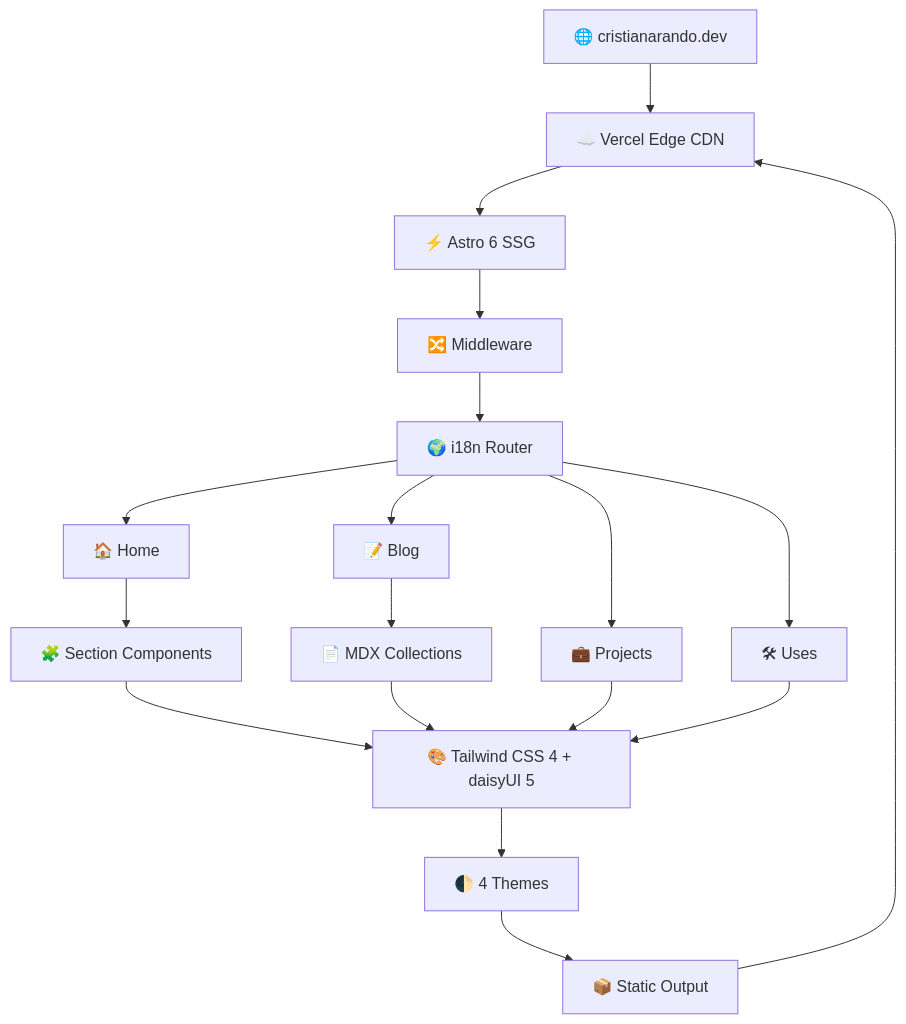
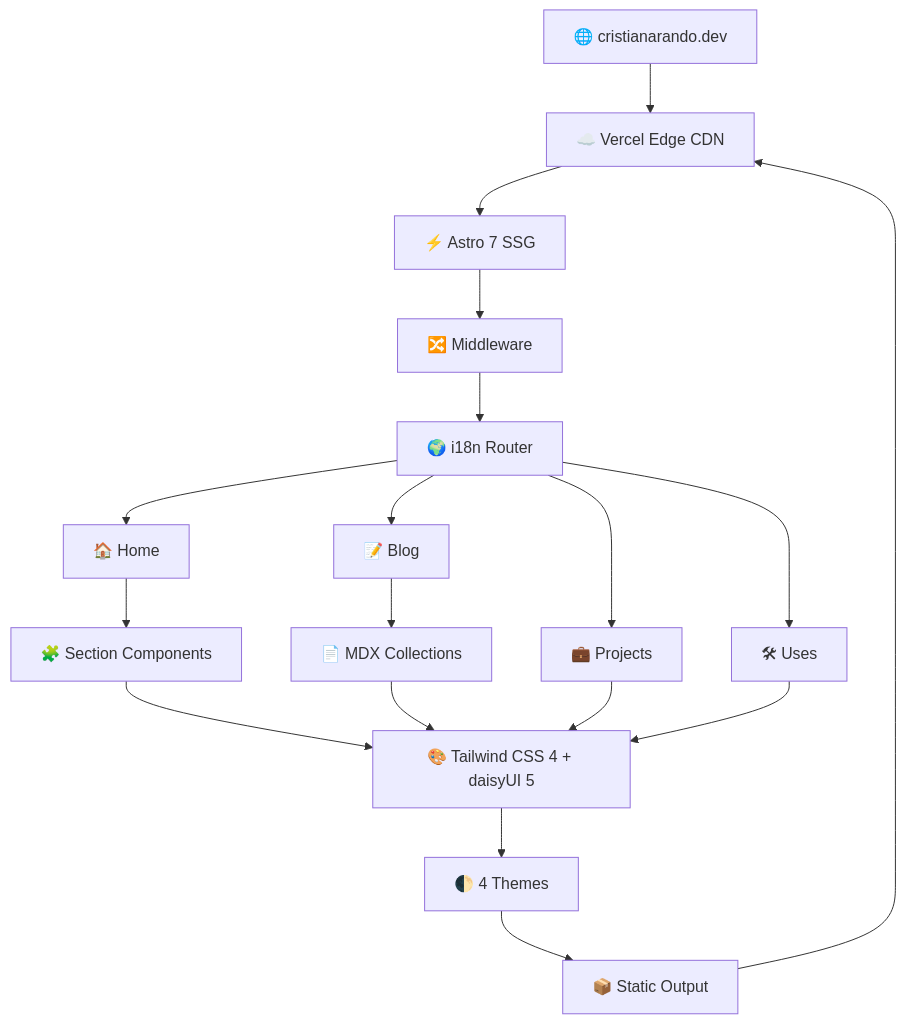
Before and after one commit to iamcristian/my-portfolio: the first of 2 diagrams in README.md, drawn with Mermaid. The commit also changed other lines of this file and 84 other files, not shown here.

First line of the commit message:
refactor: modernize portfolio architecture, security, a11y, and SEO

````diff
--- a/README.md
+++ b/README.md
@@ -113,24 +113,24 @@
 ```mermaid
 graph TD
     A["🌐 cristianarando.dev"] --> B["☁️ Vercel Edge CDN"]
-    B --> C["⚡ Astro 6 SSG"]
+    B --> C["⚡ Astro 7 SSG"]
     C --> D["🔀 Middleware"]
     D --> E["🌍 i18n Router"]
 
     E --> F["🏠 Home"]
     E --> G["📝 Blog"]
     E --> H["💼 Projects"]
     E --> I["🛠 Uses"]
 
     F --> J["🧩 Section Components"]
     G --> K["📄 MDX Collections"]
 
     J --> L["🎨 Tailwind CSS 4 + daisyUI 5"]
     K --> L
     H --> L
     I --> L
 
     L --> M["🌓 4 Themes"]
     M --> N["📦 Static Output"]
     N --> B
 ```
````
